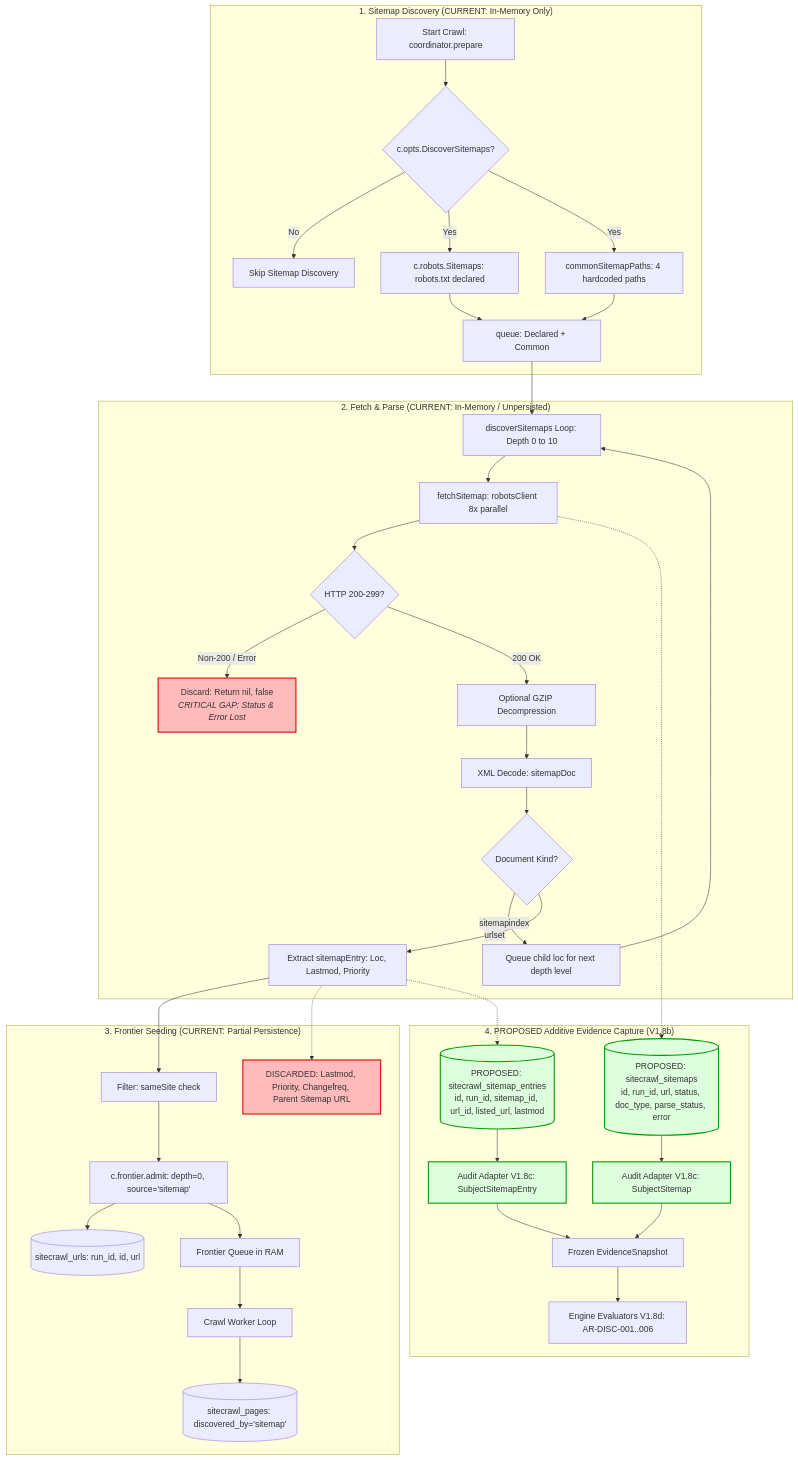
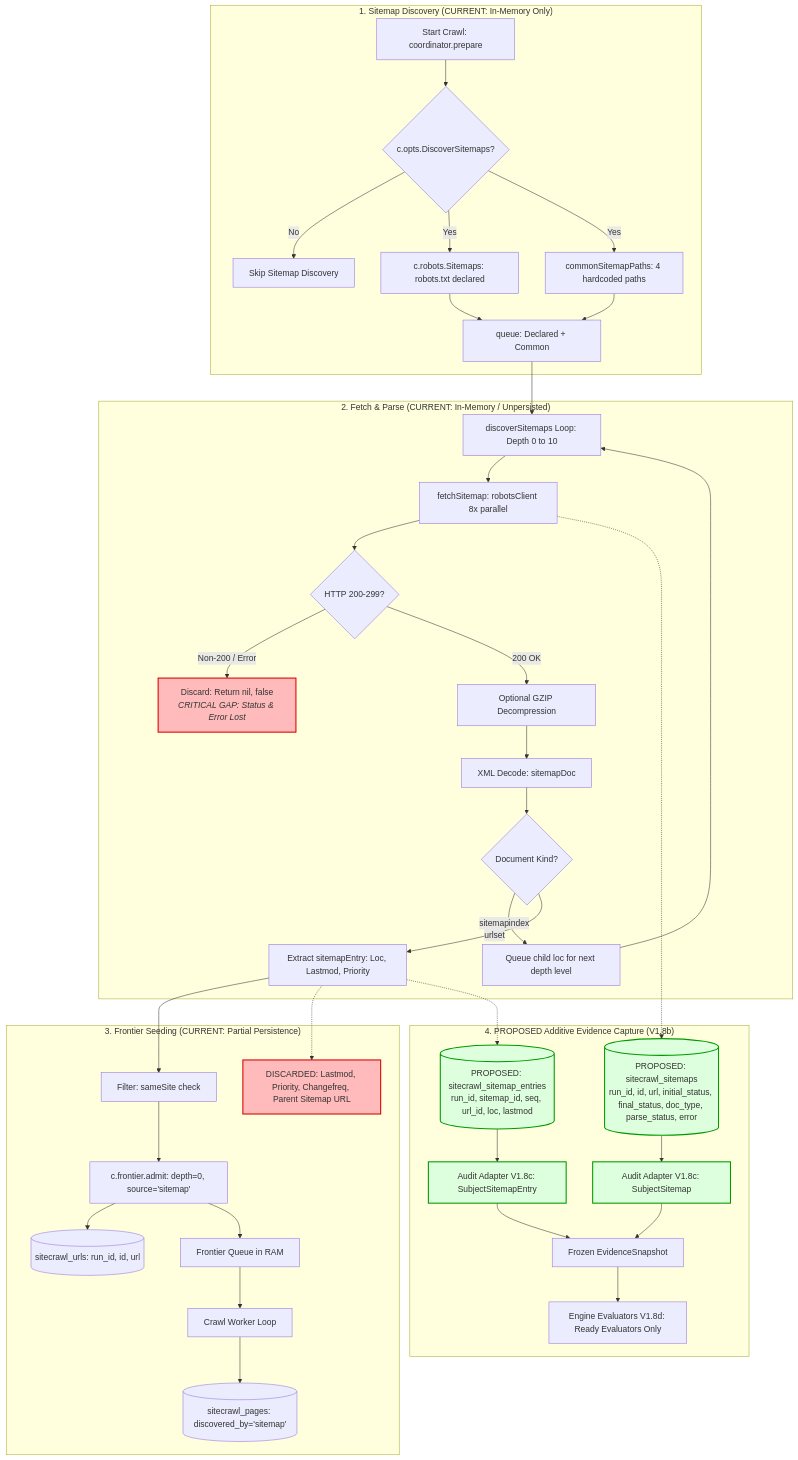
One commit to truthrive/technical-seo-audit changed the diagram in docs/audit-v1.8a-sitemap-evidence-design.md. Above: the diagram before and after it, drawn with Mermaid. The commit also changed other lines of this file, not shown here.

Commit message:
docs: harden V1.8a sitemap evidence design

````diff
--- a/docs/audit-v1.8a-sitemap-evidence-design.md
+++ b/docs/audit-v1.8a-sitemap-evidence-design.md
@@ -67,51 +67,51 @@
 ```mermaid
 flowchart TD
     subgraph Discovery ["1. Sitemap Discovery (CURRENT: In-Memory Only)"]
         A[Start Crawl: coordinator.prepare] --> B{c.opts.DiscoverSitemaps?}
         B -- No --> C[Skip Sitemap Discovery]
         B -- Yes --> D[c.robots.Sitemaps: robots.txt declared]
         B -- Yes --> E[commonSitemapPaths: 4 hardcoded paths]
         D --> F[queue: Declared + Common]
         E --> F
     end
 
     subgraph FetchParse ["2. Fetch & Parse (CURRENT: In-Memory / Unpersisted)"]
         F --> G[discoverSitemaps Loop: Depth 0 to 10]
         G --> H[fetchSitemap: robotsClient 8x parallel]
         H --> I{HTTP 200-299?}
         I -- Non-200 / Error --> J[Discard: Return nil, false<br><i>CRITICAL GAP: Status & Error Lost</i>]
         I -- 200 OK --> K[Optional GZIP Decompression]
         K --> L[XML Decode: sitemapDoc]
         L --> M{Document Kind?}
         M -- sitemapindex --> N[Queue child loc for next depth level]
         N --> G
         M -- urlset --> O[Extract sitemapEntry: Loc, Lastmod, Priority]
     end
 
     subgraph FrontierAdmission ["3. Frontier Seeding (CURRENT: Partial Persistence)"]
         O --> P[Filter: sameSite check]
         P --> Q[c.frontier.admit: depth=0, source='sitemap']
         Q --> R[(sitecrawl_urls: run_id, id, url)]
         Q --> S[Frontier Queue in RAM]
         S --> T[Crawl Worker Loop]
         T --> U[(sitecrawl_pages: discovered_by='sitemap')]
         O -.-> V[DISCARDED: Lastmod, Priority, Changefreq, Parent Sitemap URL]
     end
 
     subgraph ProposedPersistence ["4. PROPOSED Additive Evidence Capture (V1.8b)"]
-        H -.-> W[(PROPOSED: sitecrawl_sitemaps<br>id, run_id, url, status, doc_type, parse_status, error)]
-        O -.-> X[(PROPOSED: sitecrawl_sitemap_entries<br>id, run_id, sitemap_id, url_id, listed_url, lastmod)]
+        H -.-> W[(PROPOSED: sitecrawl_sitemaps<br>run_id, id, url, initial_status, final_status, doc_type, parse_status, error)]
+        O -.-> X[(PROPOSED: sitecrawl_sitemap_entries<br>run_id, sitemap_id, seq, url_id, loc, lastmod)]
         W --> Y[Audit Adapter V1.8c: SubjectSitemap]
         X --> Z[Audit Adapter V1.8c: SubjectSitemapEntry]
         Y --> AA[Frozen EvidenceSnapshot]
         Z --> AA
-        AA --> AB[Engine Evaluators V1.8d: AR-DISC-001..006]
+        AA --> AB[Engine Evaluators V1.8d: Ready Evaluators Only]
     end
 
     style J fill:#fbb,stroke:#d00,stroke-width:2px
     style V fill:#fbb,stroke:#d00,stroke-width:2px
     style W fill:#dfd,stroke:#090,stroke-width:2px
     style X fill:#dfd,stroke:#090,stroke-width:2px
     style Y fill:#dfd,stroke:#090,stroke-width:2px
     style Z fill:#dfd,stroke:#090,stroke-width:2px
 ```
````
